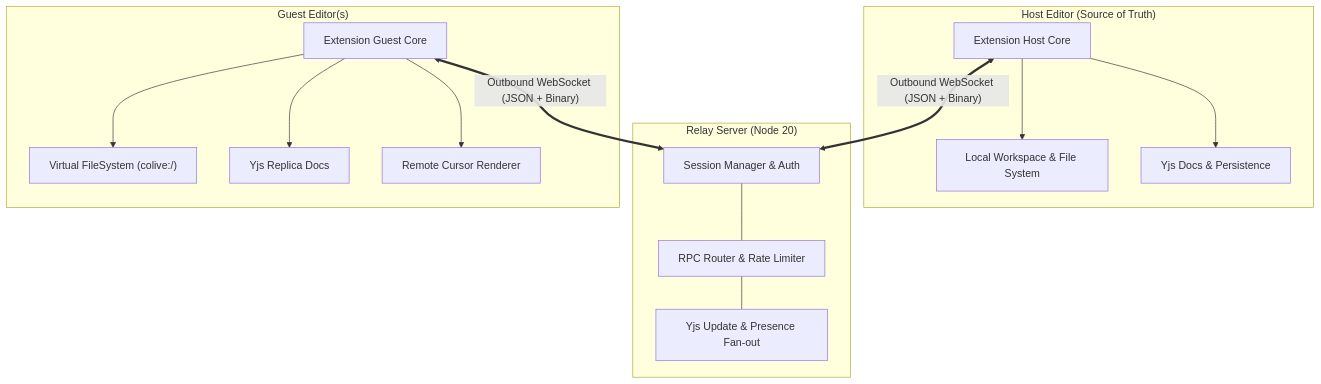
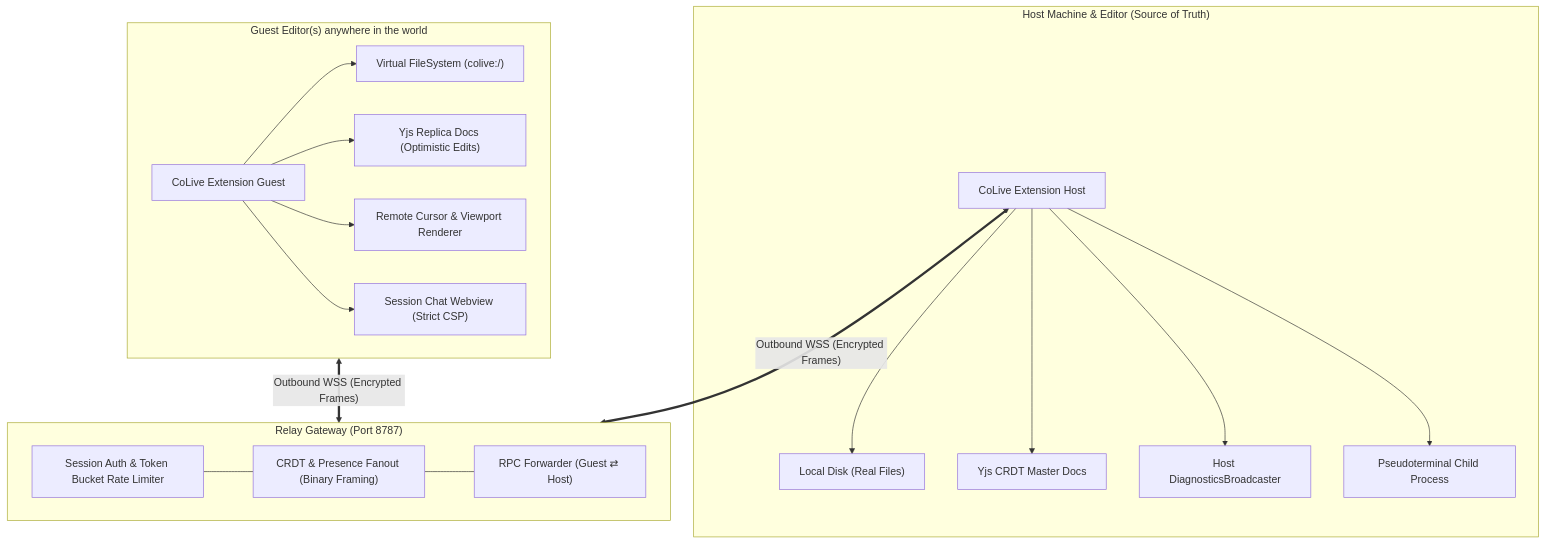
The diagram in README.md (MrNamra/CoLive), drawn with Mermaid before and after one commit. The commit also changed other lines of this file and 19 other files, not shown here.

````diff
--- a/README.md
+++ b/README.md
@@ -21,30 +33,36 @@
 ```mermaid
 graph TD
-    subgraph Host ["Host Editor (Source of Truth)"]
-        HE[Extension Host Core]
-        HFS[Local Workspace & File System]
-        HY[Yjs Docs & Persistence]
+    subgraph Host ["Host Machine & Editor (Source of Truth)"]
+        HE["CoLive Extension Host"]
+        HFS["Local Disk (Real Files)"]
+        HY["Yjs CRDT Master Docs"]
+        HDiag["Host DiagnosticsBroadcaster"]
+        HTerm["Pseudoterminal Child Process"]
         HE --> HFS
         HE --> HY
+        HE --> HDiag
+        HE --> HTerm
     end
 
-    subgraph Relay ["Relay Server (Node 20)"]
-        RS[Session Manager & Auth]
-        RR[RPC Router & Rate Limiter]
-        RF[Yjs Update & Presence Fan-out]
-        RS --- RR --- RF
+    subgraph Relay ["Relay Gateway (Port 8787)"]
+        Auth["Session Auth & Token Bucket Rate Limiter"]
+        Fanout["CRDT & Presence Fanout (Binary Framing)"]
+        RPC["RPC Forwarder (Guest ⇄ Host)"]
+        Auth --- Fanout --- RPC
     end
 
-    subgraph Guests ["Guest Editor(s)"]
-        GE[Extension Guest Core]
+    subgraph Guests ["Guest Editor(s) anywhere in the world"]
+        GE["CoLive Extension Guest"]
         GVFS["Virtual FileSystem (colive:/)"]
-        GY[Yjs Replica Docs]
-        GP[Remote Cursor Renderer]
+        GY["Yjs Replica Docs (Optimistic Edits)"]
+        GCursor["Remote Cursor & Viewport Renderer"]
+        GChat["Session Chat Webview (Strict CSP)"]
         GE --> GVFS
         GE --> GY
-        GE --> GP
+        GE --> GCursor
+        GE --> GChat
     end
 
-    HE <== "Outbound WebSocket (JSON + Binary)" ==> RS
-    GE <== "Outbound WebSocket (JSON + Binary)" ==> RS
+    HE <== "Outbound WSS (Encrypted Frames)" ==> Relay
+    Guests <== "Outbound WSS (Encrypted Frames)" ==> Relay
 ```
````
